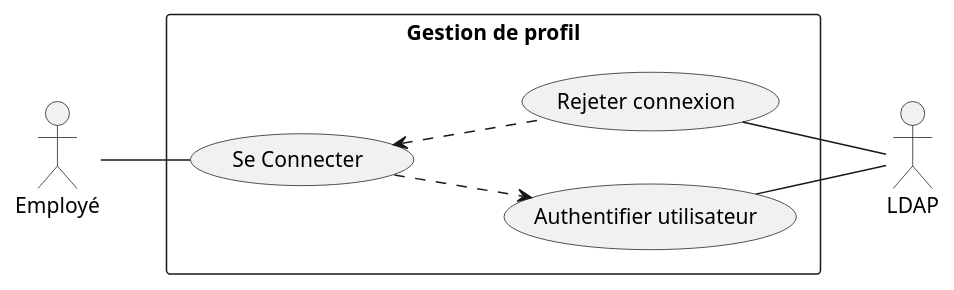
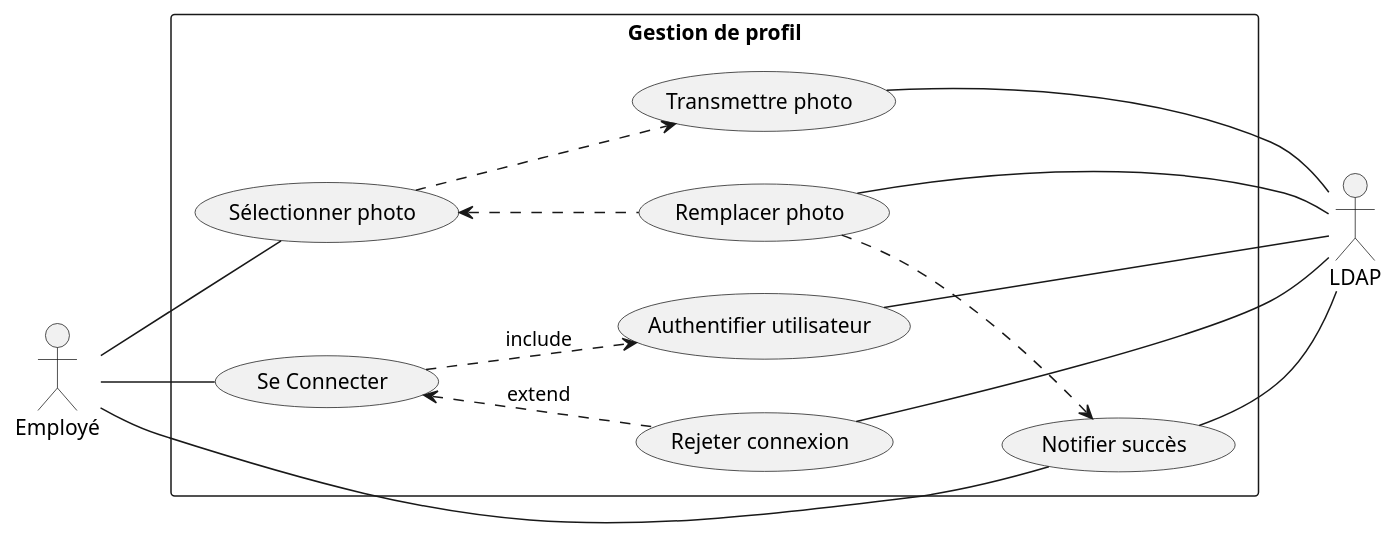
Before and after one commit to sebcourtois/cda-exos-uml-diagrams: the diagram in usecase_diagrams/01.puml, drawn with PlantUML.

Commit message:
usecase: wip exo 1

```diff
--- a/usecase_diagrams/01.puml
+++ b/usecase_diagrams/01.puml
@@ -1,17 +1,31 @@
 @startuml
 left to right direction
 actor "Employé" as dude
 actor "LDAP" as ldap
 rectangle "Gestion de profil" {
   usecase "Se Connecter" as login
   usecase "Authentifier utilisateur" as checkAuth
   usecase "Rejeter connexion" as failAuth
+  usecase "Sélectionner photo" as pickPhoto
+  usecase "Transmettre photo" as uploadPhoto
+  usecase "Remplacer photo" as updatePhoto
+  usecase "Notifier succès" as notifySuccess
 }
 
 dude -- login
-login ..> checkAuth
-login <.. failAuth
+dude -- pickPhoto
+dude -- notifySuccess
+
 checkAuth -- ldap
 failAuth -- ldap
+uploadPhoto -- ldap
+updatePhoto -- ldap
+notifySuccess -- ldap
+
+login ..> checkAuth: include
+login <.. failAuth: extend
+pickPhoto ..> uploadPhoto
+pickPhoto <.. updatePhoto
+updatePhoto ..> notifySuccess
 
 @enduml
```
